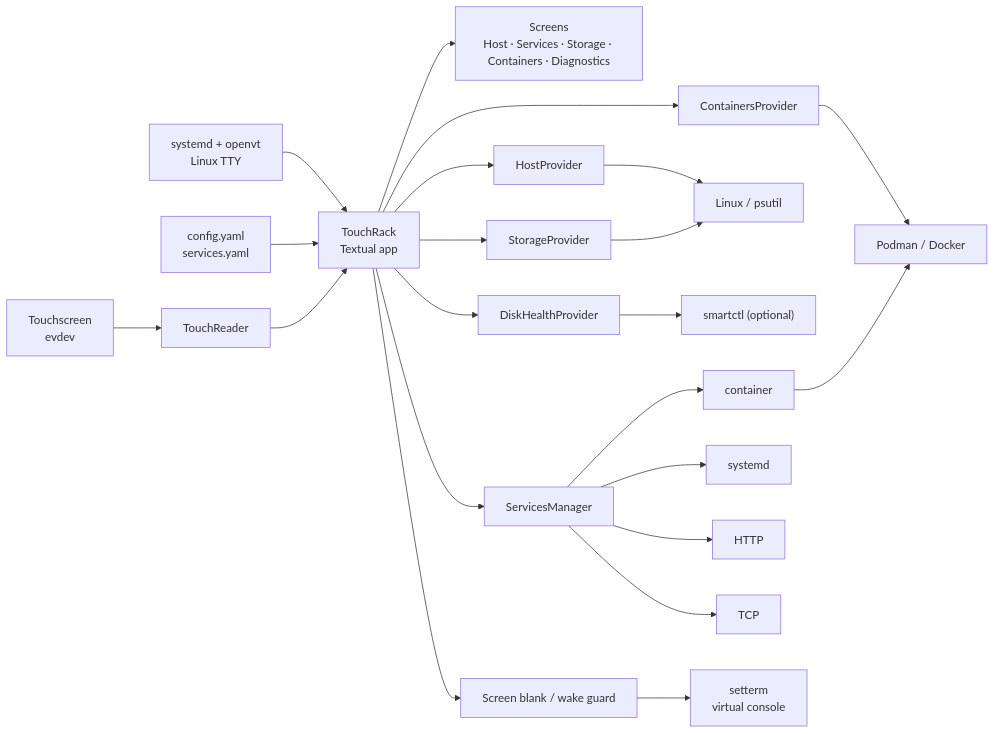
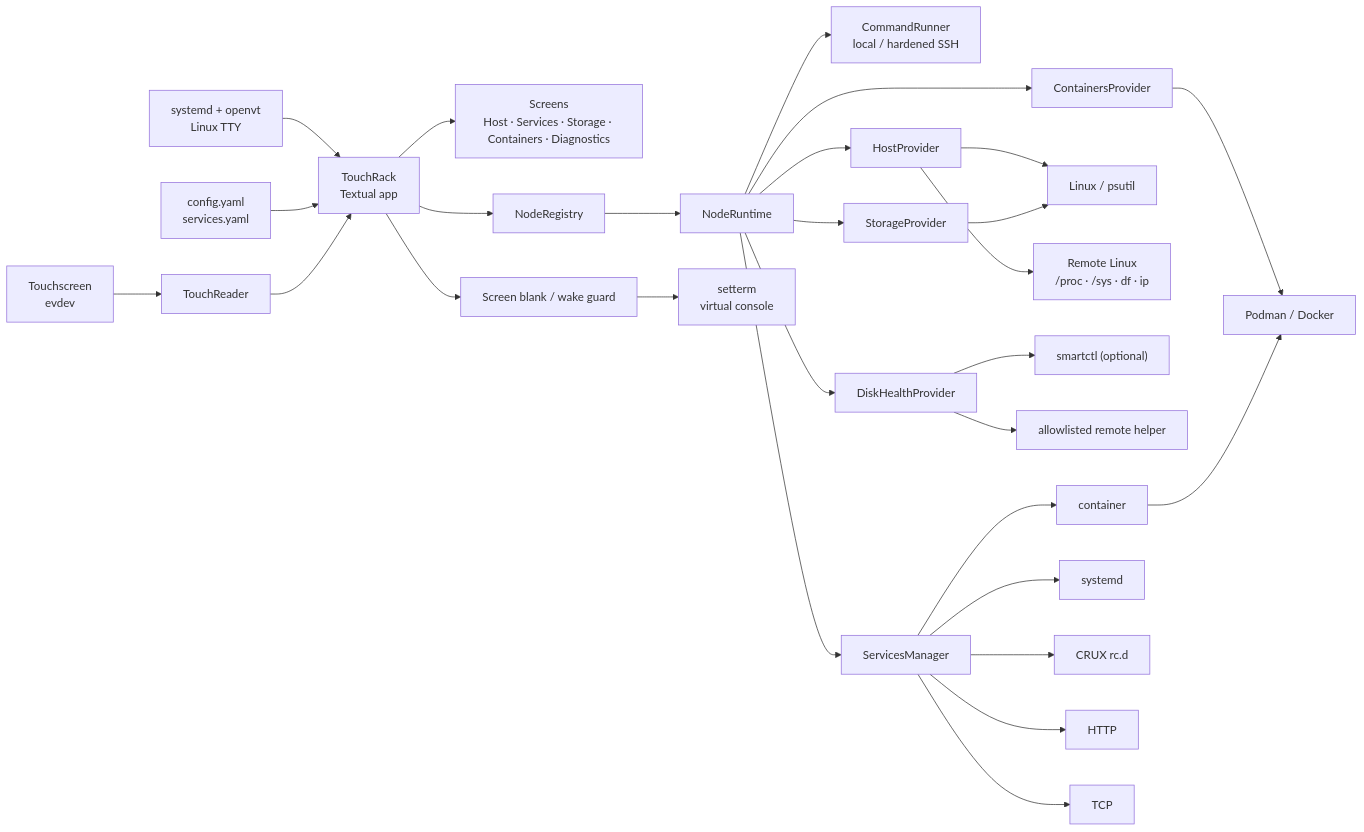
The diagram in docs/architecture.mmd (pitill0/touchrack), drawn with Mermaid before and after one commit. The commit also changed 63 other files, not shown here.

```diff
--- a/docs/architecture.mmd
+++ b/docs/architecture.mmd
@@ -1,29 +1,35 @@
 flowchart LR
     SYS["systemd + openvt<br/>Linux TTY"] --> APP["TouchRack<br/>Textual app"]
     CFG["config.yaml<br/>services.yaml"] --> APP
 
     TOUCH["Touchscreen<br/>evdev"] --> TR["TouchReader"]
     TR --> APP
 
     APP --> UI["Screens<br/>Host · Services · Storage · Containers · Diagnostics"]
 
-    APP --> HOST["HostProvider"]
-    APP --> STORE["StorageProvider"]
-    APP --> SMART["DiskHealthProvider"]
-    APP --> CONT["ContainersProvider"]
-    APP --> SM["ServicesManager"]
+    APP --> NR["NodeRegistry"]
+    NR --> RUNTIME["NodeRuntime"]
+    RUNTIME --> TRANS["CommandRunner<br/>local / hardened SSH"]
+    RUNTIME --> HOST["HostProvider"]
+    RUNTIME --> STORE["StorageProvider"]
+    RUNTIME --> SMART["DiskHealthProvider"]
+    RUNTIME --> CONT["ContainersProvider"]
+    RUNTIME --> SM["ServicesManager"]
 
     HOST --> LINUX["Linux / psutil"]
+    HOST --> REMOTE["Remote Linux<br/>/proc · /sys · df · ip"]
     STORE --> LINUX
     SMART --> SCT["smartctl (optional)"]
+    SMART --> RSMART["allowlisted remote helper"]
     CONT --> ENGINE["Podman / Docker"]
 
     SM --> CP["container"]
     SM --> SP["systemd"]
+    SM --> CRUX["CRUX rc.d"]
     SM --> HP["HTTP"]
     SM --> TP["TCP"]
 
     CP --> ENGINE
 
     APP --> BLANK["Screen blank / wake guard"]
     BLANK --> VC["setterm<br/>virtual console"]
```
